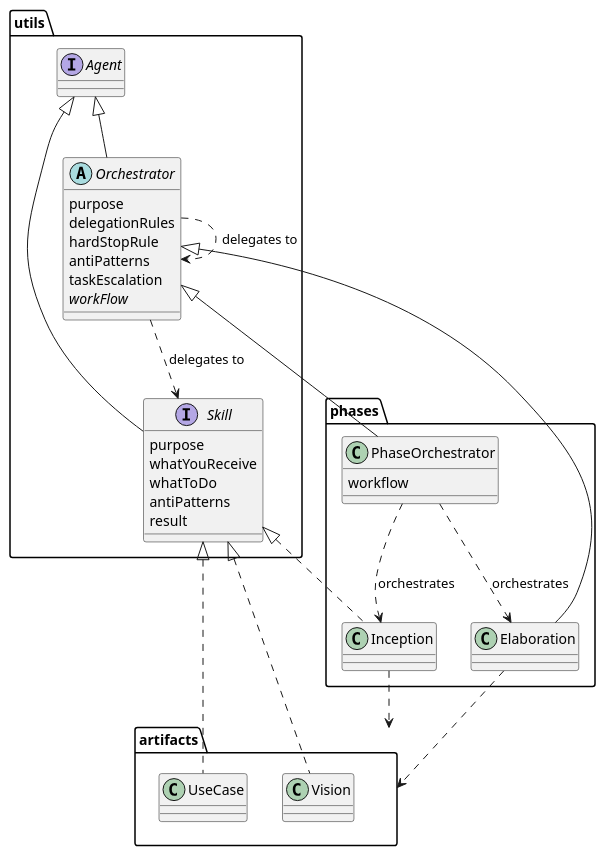
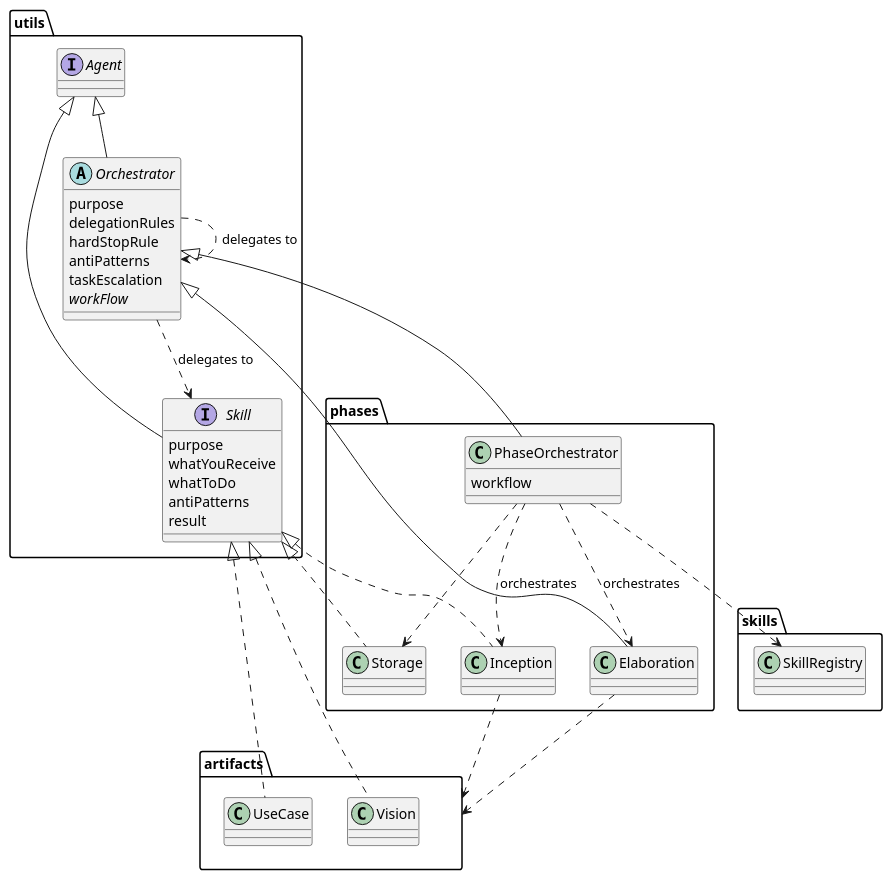
Before and after one commit to js-rom/Luis: the diagram in docs/draft3.plantuml, drawn with PlantUML. The commit also changed 6 other files, not shown here.

```diff
--- a/docs/draft3.plantuml
+++ b/docs/draft3.plantuml
@@ -1,51 +1,61 @@
 @startuml
 
 package utils {
     interface Agent
     interface Skill {
         purpose
         whatYouReceive
         whatToDo
         antiPatterns
         result
     }
 
     abstract class Orchestrator {
         purpose
         delegationRules
         hardStopRule
         antiPatterns
         taskEscalation
         {abstract}workFlow
     }
 }
 
 package phases {
     class PhaseOrchestrator {
         workflow
     }
     class Inception
     class Elaboration
+    class Storage
     PhaseOrchestrator ..> Inception : orchestrates
     PhaseOrchestrator ..> Elaboration : orchestrates
 }
 
 package artifacts {
     class UseCase
     class Vision
 }
+
+package skills {
+    class SkillRegistry
+}
+
+
 
 
 
 Agent <|-- Orchestrator
 Agent <|-- Skill
 Orchestrator ..> Skill : delegates to
 Orchestrator ..> Orchestrator : delegates to
 Orchestrator <|-- phases.PhaseOrchestrator
 Orchestrator <|-- Elaboration
 Skill <|.. Inception
 Inception ..> artifacts
 Elaboration ..> artifacts
 Skill <|.. UseCase
 Skill <|.. Vision
+Skill <|.. Storage
+phases.PhaseOrchestrator ..> Storage
+phases.PhaseOrchestrator ..> SkillRegistry
 @enduml
```
